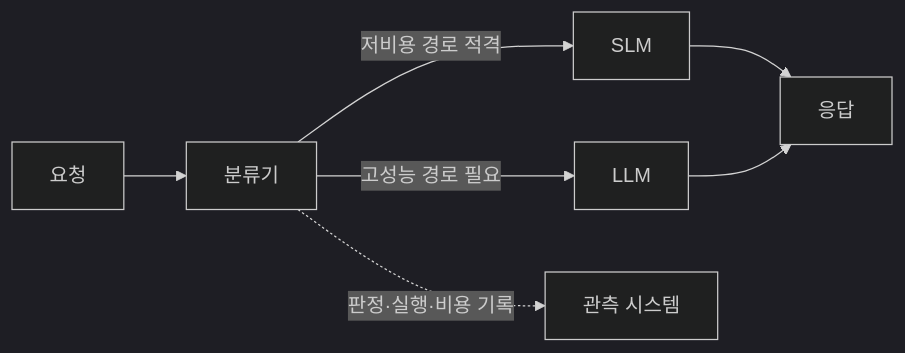
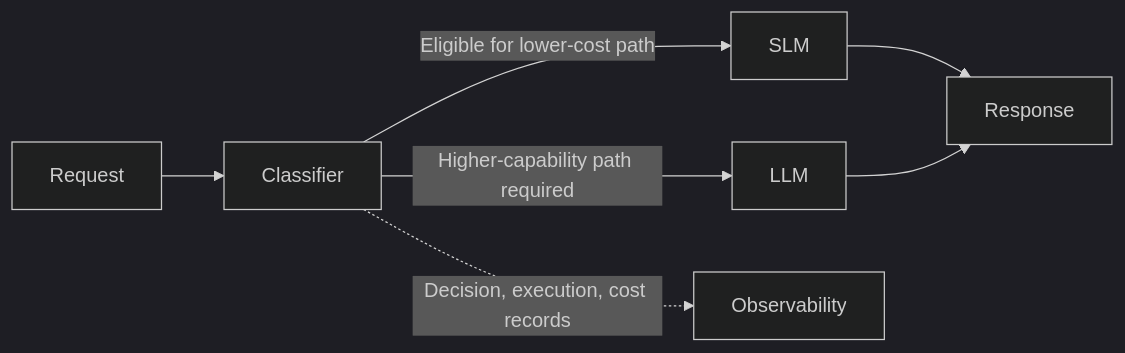
One commit to devfloor9/engineering-playbook changed the second of 3 diagrams in docs/agentic-ai-platform/reference-architecture/integrations/coding-tools-cost-analysis.md. Above: the diagram before and after it, drawn with Mermaid (dark theme). The commit also changed other lines of this file and 954 other files, not shown here.

````diff
--- a/docs/agentic-ai-platform/reference-architecture/integrations/coding-tools-cost-analysis.md
+++ b/docs/agentic-ai-platform/reference-architecture/integrations/coding-tools-cost-analysis.md
@@ -260,9 +260,9 @@
 ```mermaid
 graph LR
-    Req[요청] --> CLS[분류기]
-    CLS -->|저비용 경로 적격| SLM[SLM]
-    CLS -->|고성능 경로 필요| LLM[LLM]
-    SLM --> Resp[응답]
+    Req[Request] --> CLS[Classifier]
+    CLS -->|Eligible for lower-cost path| SLM[SLM]
+    CLS -->|Higher-capability path required| LLM[LLM]
+    SLM --> Resp[Response]
     LLM --> Resp
-    CLS -.->|판정·실행·비용 기록| LF[관측 시스템]
+    CLS -.->|Decision, execution, cost records| LF[Observability]
 ```
````
